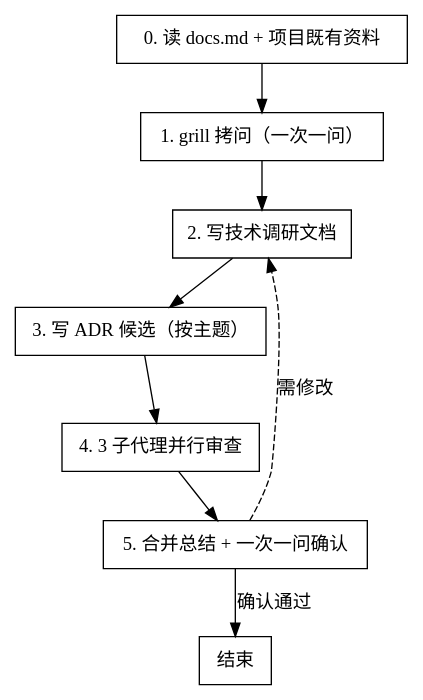
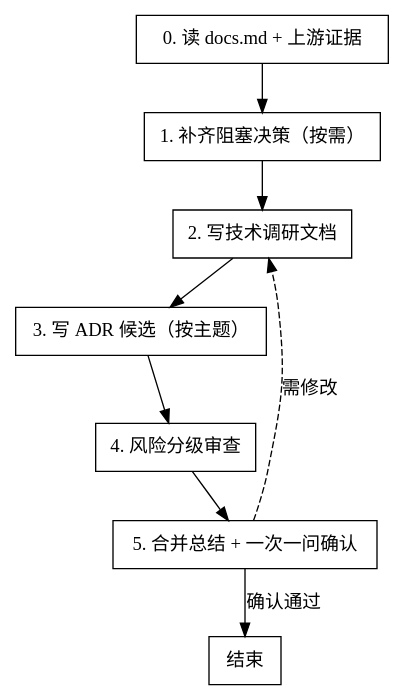
The diagram in dd-project-research/SKILL.md (marcocpt/trae_skills), drawn with Graphviz before and after one commit. The commit also changed other lines of this file and 2 other files, not shown here.

````diff
--- a/dd-project-research/SKILL.md
+++ b/dd-project-research/SKILL.md
@@ -57,13 +71,13 @@
 ```dot
 digraph project_research {
     rankdir=TB;
     node [shape=box];
-    "0. 读 docs.md + 项目既有资料" -> "1. grill 拷问（一次一问）";
-    "1. grill 拷问（一次一问）" -> "2. 写技术调研文档";
+    "0. 读 docs.md + 上游证据" -> "1. 补齐阻塞决策（按需）";
+    "1. 补齐阻塞决策（按需）" -> "2. 写技术调研文档";
     "2. 写技术调研文档" -> "3. 写 ADR 候选（按主题）";
-    "3. 写 ADR 候选（按主题）" -> "4. 3 子代理并行审查";
-    "4. 3 子代理并行审查" -> "5. 合并总结 + 一次一问确认";
+    "3. 写 ADR 候选（按主题）" -> "4. 风险分级审查";
+    "4. 风险分级审查" -> "5. 合并总结 + 一次一问确认";
     "5. 合并总结 + 一次一问确认" -> "结束" [label="确认通过"];
     "5. 合并总结 + 一次一问确认" -> "2. 写技术调研文档" [label="需修改", style=dashed];
 }
 ```
````
